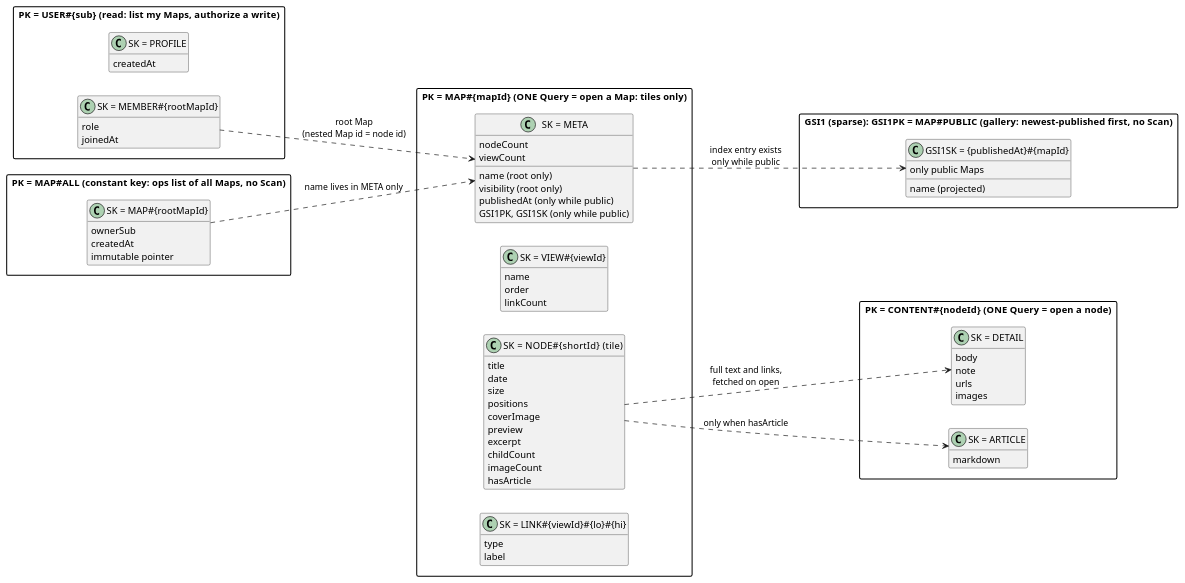
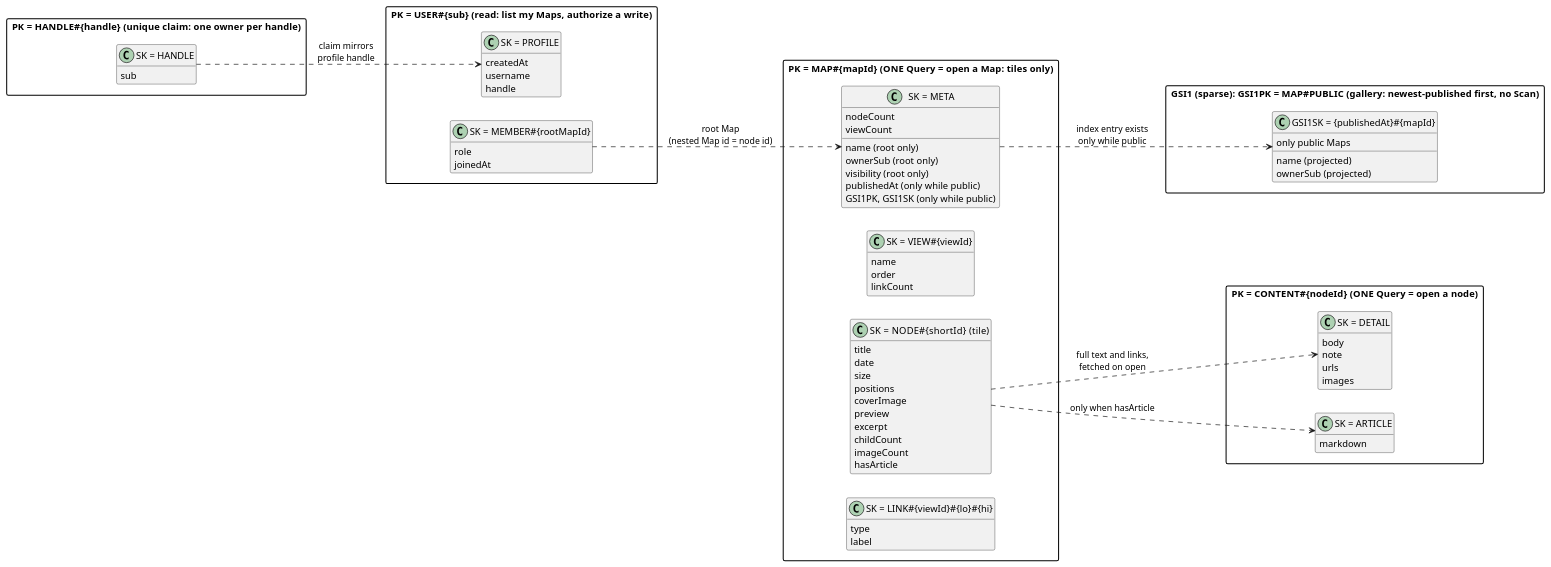
One commit to LouayBks/spiresen-saga changed the diagram in DOC/architecture/diagrams/physical_layout.puml. Above: the diagram before and after it, drawn with PlantUML. The commit also changed 7 other files, not shown here.

First line of the commit message:
docs(docs): add usernames and handles, drop the MAP#ALL directory

```diff
--- a/DOC/architecture/diagrams/physical_layout.puml
+++ b/DOC/architecture/diagrams/physical_layout.puml
@@ -1,81 +1,83 @@
 @startuml physical_layout
 hide empty members
 skinparam classAttributeIconSize 0
 skinparam packageStyle rectangle
 left to right direction
 
 package "PK = USER#{sub}   (read: list my Maps, authorize a write)" {
   class "SK = PROFILE" as U1 {
     createdAt
+    username
+    handle
   }
   class "SK = MEMBER#{rootMapId}" as U2 {
     role
     joinedAt
   }
 }
 
 package "PK = MAP#{mapId}   (ONE Query = open a Map: tiles only)" {
   class "SK = META" as M1 {
     name (root only)
     nodeCount
     viewCount
+    ownerSub (root only)
     visibility (root only)
     publishedAt (only while public)
     GSI1PK, GSI1SK (only while public)
   }
   class "SK = VIEW#{viewId}" as M2 {
     name
     order
     linkCount
   }
   class "SK = NODE#{shortId}   (tile)" as M3 {
     title
     date
     size
     positions
     coverImage
     preview
     excerpt
     childCount
     imageCount
     hasArticle
   }
   class "SK = LINK#{viewId}#{lo}#{hi}" as M4 {
     type
     label
   }
 }
 
 package "PK = CONTENT#{nodeId}   (ONE Query = open a node)" {
   class "SK = DETAIL" as C1 {
     body
     note
     urls
     images
   }
   class "SK = ARTICLE" as C2 {
     markdown
   }
 }
 
 package "GSI1 (sparse): GSI1PK = MAP#PUBLIC   (gallery: newest-published first, no Scan)" {
   class "GSI1SK = {publishedAt}#{mapId}" as G1 {
     name (projected)
+    ownerSub (projected)
     only public Maps
   }
 }
 
-package "PK = MAP#ALL   (constant key: ops list of all Maps, no Scan)" {
-  class "SK = MAP#{rootMapId}" as D1 {
-    ownerSub
-    createdAt
-    immutable pointer
+package "PK = HANDLE#{handle}   (unique claim: one owner per handle)" {
+  class "SK = HANDLE" as H1 {
+    sub
   }
 }
 
 M3 ..> C1 : full text and links,\nfetched on open
 M3 ..> C2 : only when hasArticle
 U2 ..> M1 : root Map\n(nested Map id = node id)
-D1 ..> M1 : name lives in META only
+H1 ..> U1 : claim mirrors\nprofile handle
 M1 ..> G1 : index entry exists\nonly while public
 @enduml
```
